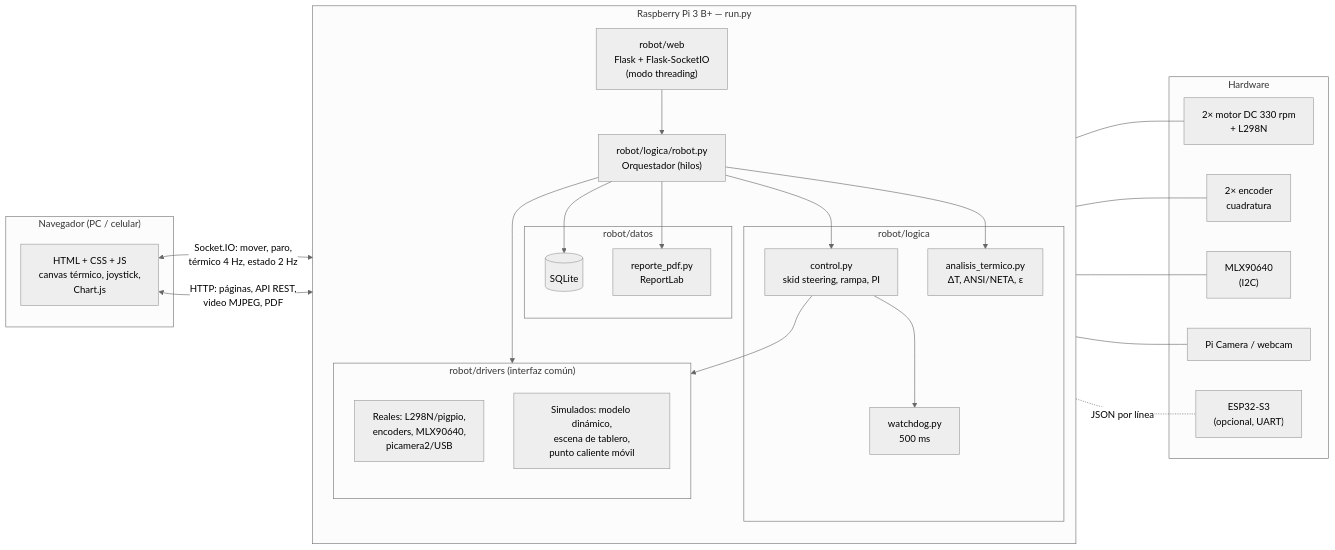
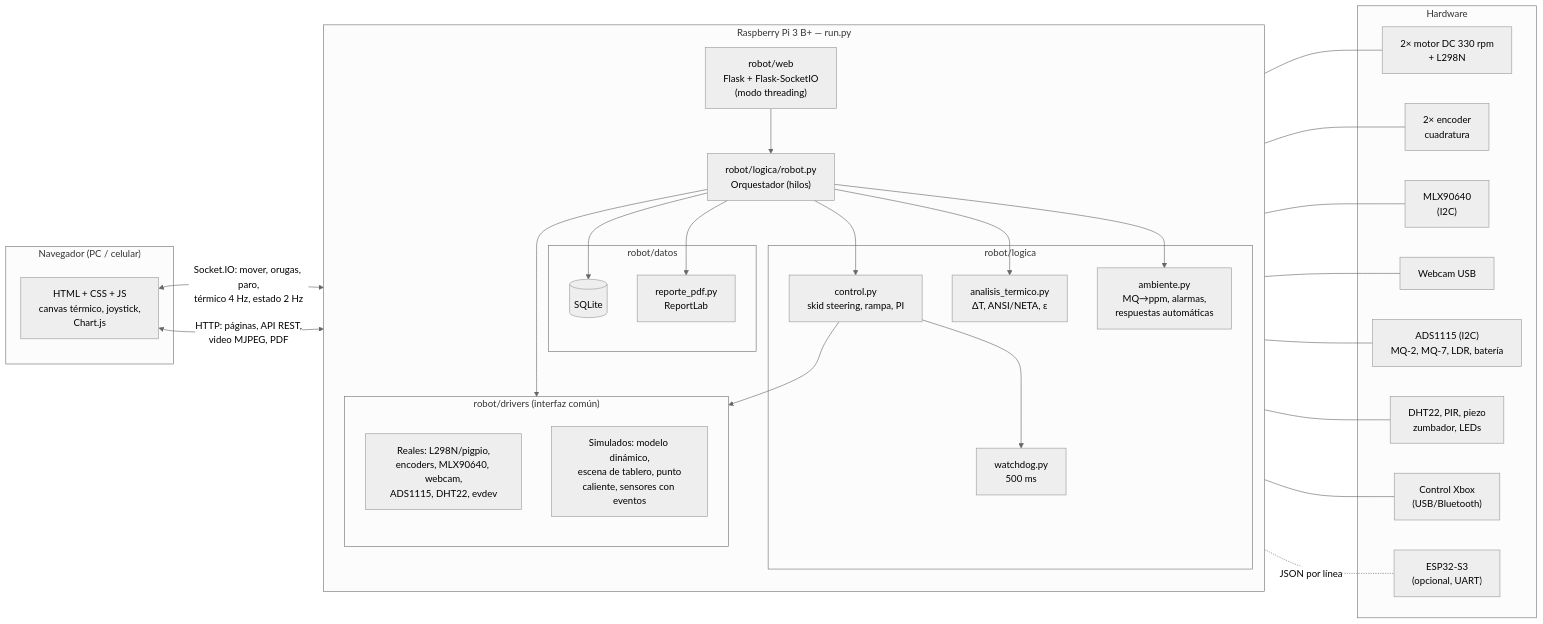
Before and after one commit to antoniopuma23-blip/inspeccion-tableros: the diagram in README.md, drawn with Mermaid (neutral theme). The commit also changed other lines of this file and 41 other files, not shown here.

````diff
--- a/README.md
+++ b/README.md
@@ -53,46 +62,51 @@
 ```mermaid
 flowchart LR
     subgraph Navegador["Navegador (PC / celular)"]
         UI["HTML + CSS + JS<br/>canvas térmico, joystick,<br/>Chart.js"]
     end
 
     subgraph Pi["Raspberry Pi 3 B+ — run.py"]
         direction TB
         WEB["robot/web<br/>Flask + Flask-SocketIO<br/>(modo threading)"]
         ROB["robot/logica/robot.py<br/>Orquestador (hilos)"]
         subgraph LOG["robot/logica"]
             CTRL["control.py<br/>skid steering, rampa, PI"]
             WD["watchdog.py<br/>500 ms"]
             AT["analisis_termico.py<br/>ΔT, ANSI/NETA, ε"]
+            AMB["ambiente.py<br/>MQ→ppm, alarmas,<br/>respuestas automáticas"]
         end
         subgraph DAT["robot/datos"]
             DB[("SQLite")]
             PDF["reporte_pdf.py<br/>ReportLab"]
         end
         subgraph DRV["robot/drivers (interfaz común)"]
             direction TB
-            REAL["Reales: L298N/pigpio,<br/>encoders, MLX90640,<br/>picamera2/USB"]
-            SIM["Simulados: modelo dinámico,<br/>escena de tablero,<br/>punto caliente móvil"]
+            REAL["Reales: L298N/pigpio,<br/>encoders, MLX90640, webcam,<br/>ADS1115, DHT22, evdev"]
+            SIM["Simulados: modelo dinámico,<br/>escena de tablero, punto<br/>caliente, sensores con eventos"]
         end
     end
 
     subgraph HW["Hardware"]
         MOT["2× motor DC 330 rpm<br/>+ L298N"]
         ENC["2× encoder<br/>cuadratura"]
         MLX["MLX90640<br/>(I2C)"]
-        CAM["Pi Camera / webcam"]
+        CAM["Webcam USB"]
+        ADS["ADS1115 (I2C)<br/>MQ-2, MQ-7, LDR, batería"]
+        DIG["DHT22, PIR, piezo<br/>zumbador, LEDs"]
+        XBOX["Control Xbox<br/>(USB/Bluetooth)"]
         ESP["ESP32-S3<br/>(opcional, UART)"]
     end
 
-    UI <-- "Socket.IO: mover, paro,<br/>térmico 4 Hz, estado 2 Hz" --> WEB
+    UI <-- "Socket.IO: mover, orugas, paro,<br/>térmico 4 Hz, estado 2 Hz" --> WEB
     UI <-- "HTTP: páginas, API REST,<br/>video MJPEG, PDF" --> WEB
     WEB --> ROB
     ROB --> CTRL --> WD
     ROB --> AT
+    ROB --> AMB
     ROB --> DB
     ROB --> PDF
     CTRL --> DRV
     ROB --> DRV
-    REAL --- MOT & ENC & MLX & CAM
+    REAL --- MOT & ENC & MLX & CAM & ADS & DIG & XBOX
     ROB -. "JSON por línea" .- ESP
 ```
````
